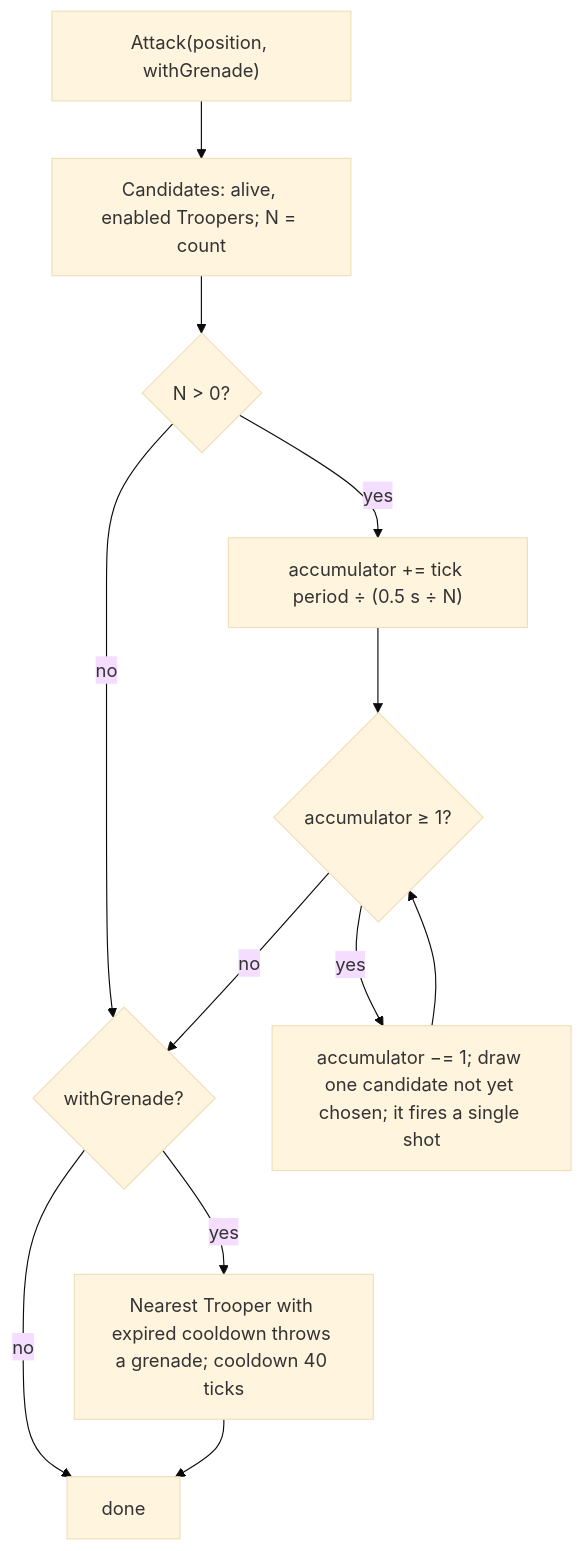
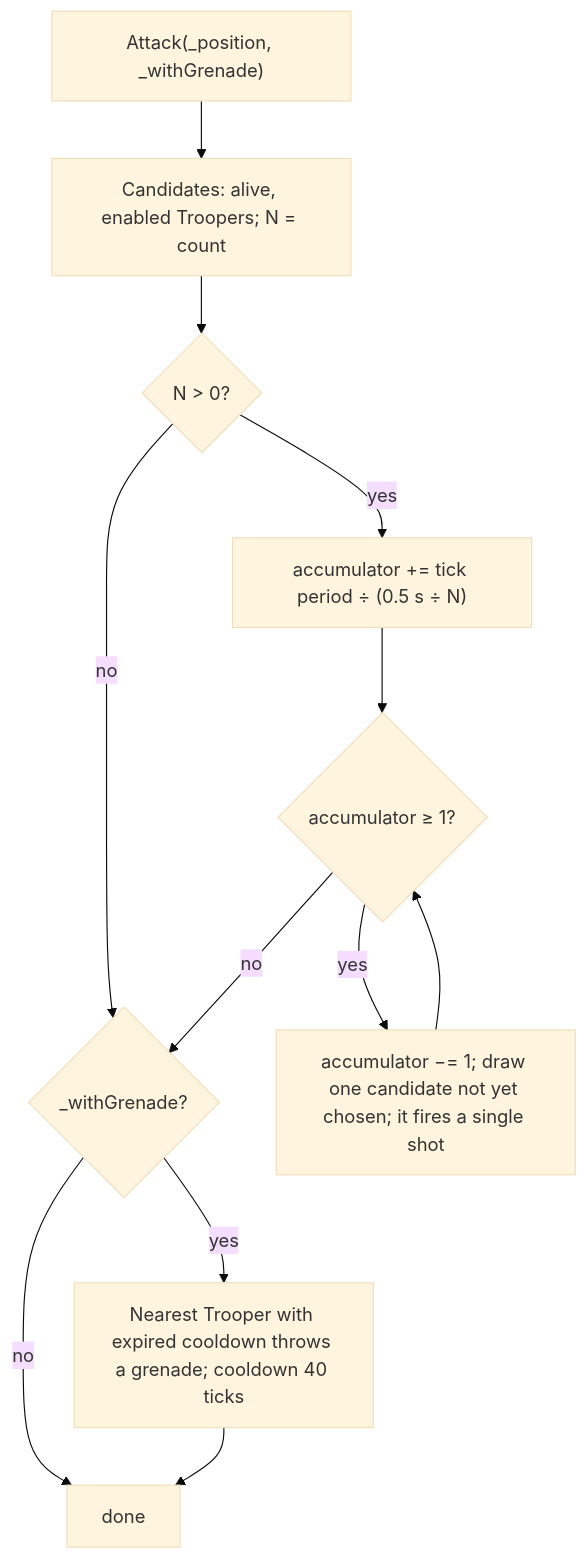
One commit to Zwaliebaba/Species.AI changed the second of 3 diagrams in design_next/reference/02_units/strike_team.md. Above: the diagram before and after it, drawn with Mermaid (base theme). The commit also changed other lines of this file and 27 other files, not shown here.

````diff
--- a/design_next/reference/02_units/strike_team.md
+++ b/design_next/reference/02_units/strike_team.md
@@ -155,14 +155,14 @@
 ```mermaid
 flowchart TD
-    A["Attack(position, withGrenade)"] --> B["Candidates: alive, enabled Troopers; N = count"]
+    A["Attack(_position, _withGrenade)"] --> B["Candidates: alive, enabled Troopers; N = count"]
     B --> C{"N > 0?"}
     C -- no --> G
     C -- yes --> D["accumulator += tick period ÷ (0.5 s ÷ N)"]
     D --> E{"accumulator ≥ 1?"}
     E -- yes --> F["accumulator −= 1; draw one candidate not yet chosen; it fires a single shot"]
     F --> E
-    E -- no --> G{"withGrenade?"}
+    E -- no --> G{"_withGrenade?"}
     G -- yes --> H["Nearest Trooper with expired cooldown throws a grenade; cooldown 40 ticks"]
     G -- no --> I["done"]
     H --> I
 ```
````
